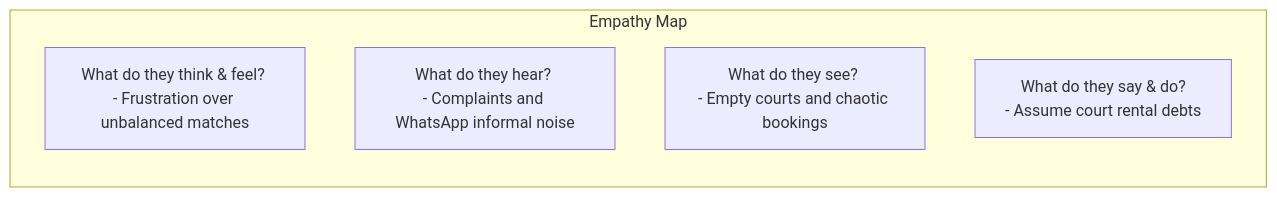
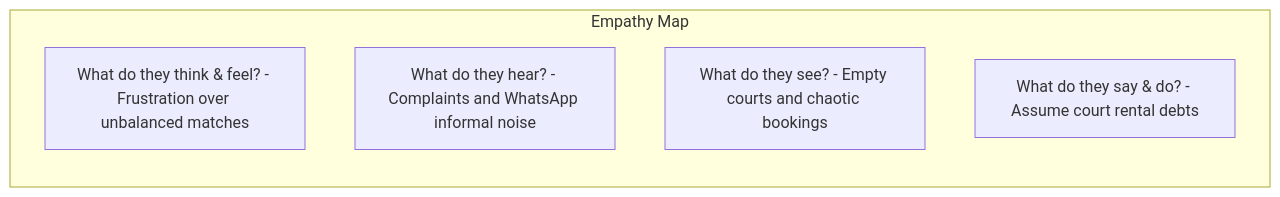
One commit to jojiz29/sportmatch-connect changed the third of 9 diagrams in TESIS_FINAL_SPORTMATCH_EN.md. Above: the diagram before and after it, drawn with Mermaid. The commit also changed other lines of this file and 7 other files, not shown here.

Commit message:
docs(thesis): update course data to FC-PREISF10B01N, include all 5 team members with Alejandro Paolo Andrade Noa, fix Scrum framework terminology and Mermaid diagram lexical errors

````diff
--- a/TESIS_FINAL_SPORTMATCH_EN.md
+++ b/TESIS_FINAL_SPORTMATCH_EN.md
@@ -209,9 +211,9 @@
 ```mermaid
 graph LR
-    subgraph Empathy Map
-        C1[What do they think & feel? <br>- Frustration over unbalanced matches]
-        C2[What do they hear? <br>- Complaints and WhatsApp informal noise]
-        C3[What do they see? <br>- Empty courts and chaotic bookings]
-        C4[What do they say & do? <br>- Assume court rental debts]
+    subgraph "Empathy Map"
+        C1["What do they think & feel? - Frustration over unbalanced matches"]
+        C2["What do they hear? - Complaints and WhatsApp informal noise"]
+        C3["What do they see? - Empty courts and chaotic bookings"]
+        C4["What do they say & do? - Assume court rental debts"]
     end
 ```
````
